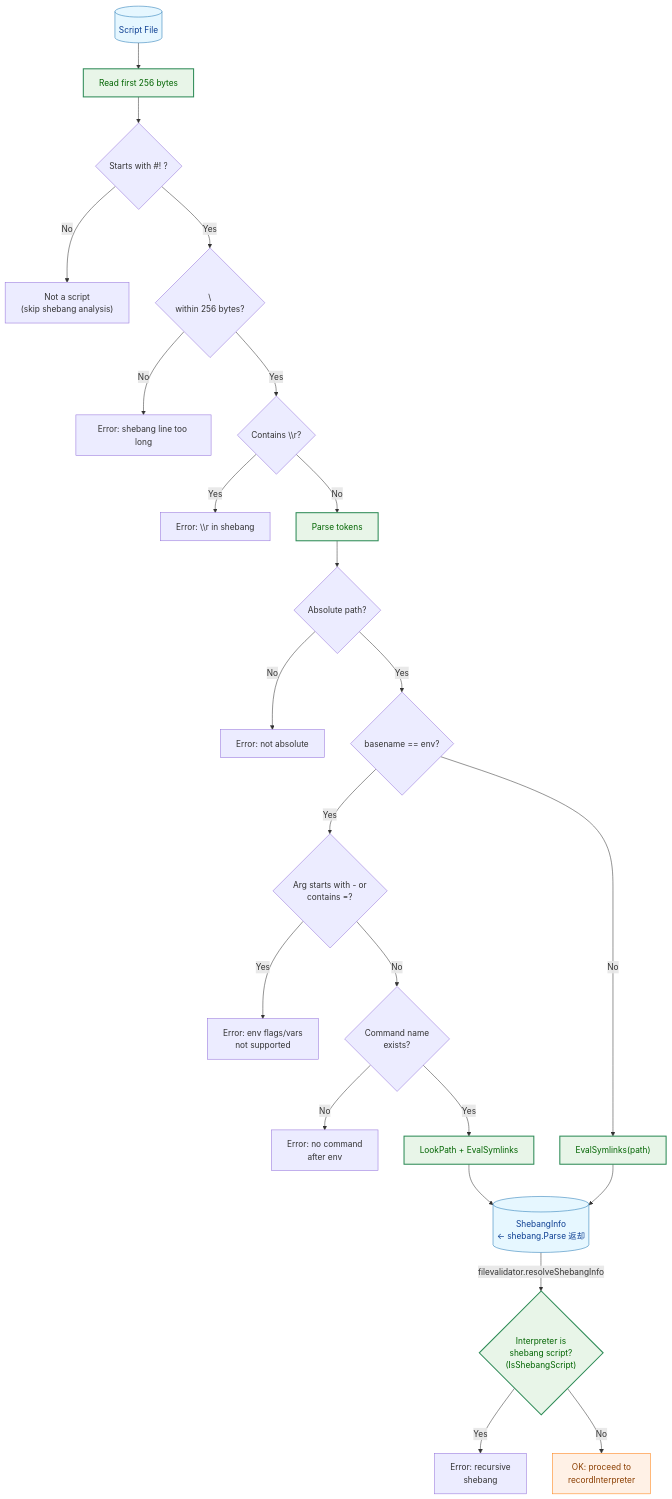
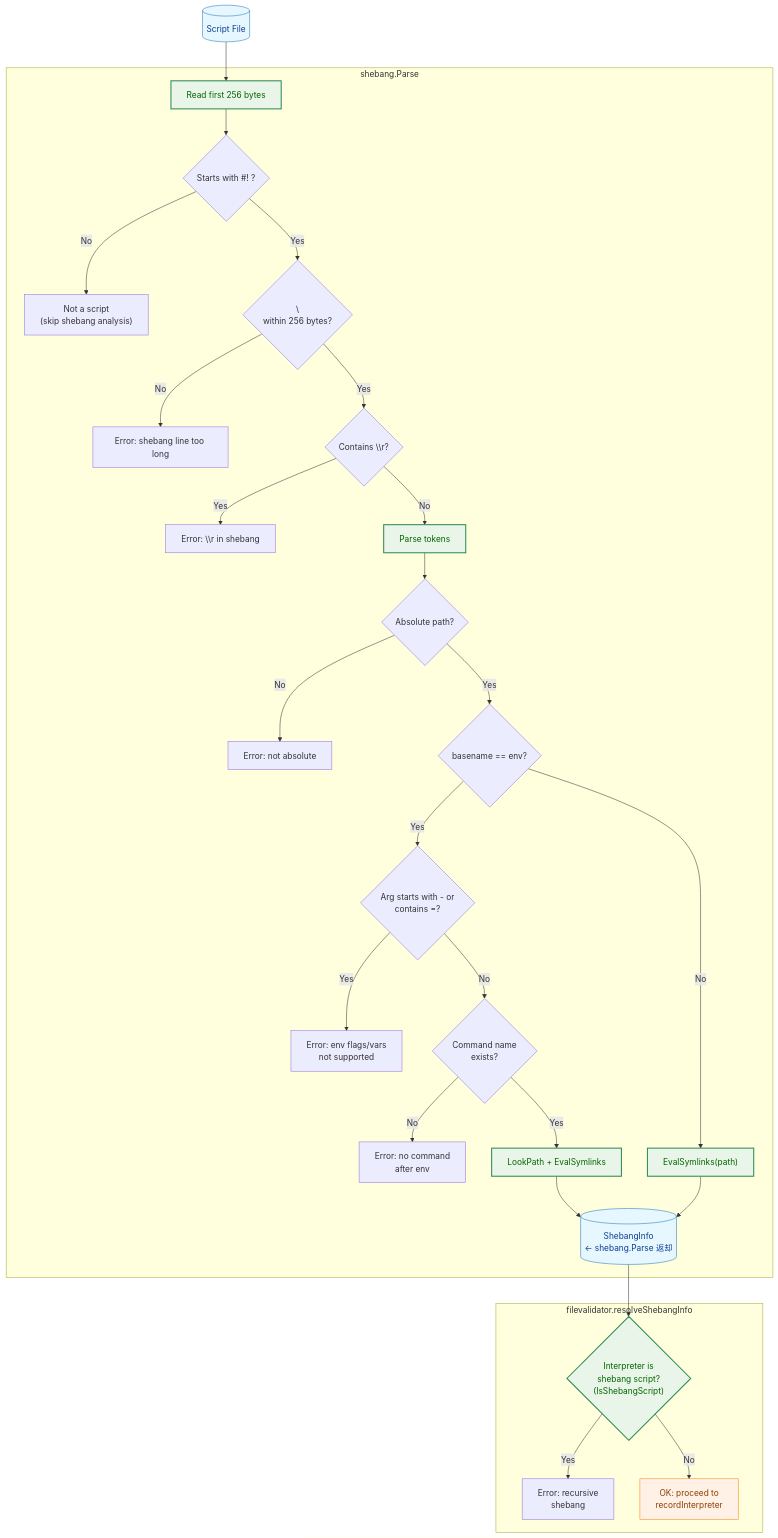
The sixth of 7 diagrams in docs/tasks/0083_shebang_interpreter_tracking/02_architecture.md (isseis/go-safe-cmd-runner), drawn with Mermaid before and after one commit.

Commit message:
docs: use subgraphs to clarify shebang.Parse vs resolveShebangInfo boundaries

````diff
--- a/docs/tasks/0083_shebang_interpreter_tracking/02_architecture.md
+++ b/docs/tasks/0083_shebang_interpreter_tracking/02_architecture.md
@@ -309,34 +309,64 @@
 ```mermaid
 flowchart TD
     classDef data fill:#e6f7ff,stroke:#1f77b4,stroke-width:1px,color:#0b3d91;
     classDef process fill:#fff1e6,stroke:#ff7f0e,stroke-width:1px,color:#8a3e00;
     classDef enhanced fill:#e8f5e8,stroke:#2e8b57,stroke-width:2px,color:#006400;
 
-    FILE[("Script File")] --> READ["Read first 256 bytes"]
-    READ --> MAGIC{"Starts with #! ?"}
-    MAGIC -->|"No"| SKIP["Not a script<br>(skip shebang analysis)"]
-    MAGIC -->|"Yes"| NEWLINE{"\\n within 256 bytes?"}
-    NEWLINE -->|"No"| ERR1["Error: shebang line too long"]
-    NEWLINE -->|"Yes"| CR{"Contains \\r?"}
-    CR -->|"Yes"| ERR_CR["Error: \\r in shebang"]
-    CR -->|"No"| PARSE["Parse tokens"]
-    PARSE --> ABS{"Absolute path?"}
-    ABS -->|"No"| ERR2["Error: not absolute"]
-    ABS -->|"Yes"| ENV{"basename == env?"}
-    ENV -->|"Yes"| FLAG{"Arg starts with - or<br>contains =?"}
-    FLAG -->|"Yes"| ERR3["Error: env flags/vars<br>not supported"]
-    FLAG -->|"No"| CMD{"Command name<br>exists?"}
-    CMD -->|"No"| ERR4["Error: no command<br>after env"]
-    CMD -->|"Yes"| LOOKPATH["LookPath + EvalSymlinks"]
-    ENV -->|"No"| EVALSL["EvalSymlinks(path)"]
-    LOOKPATH --> SI[("ShebangInfo<br>← shebang.Parse 返却")]
-    EVALSL --> SI
+    FILE[("Script File")]
 
-    SI -->|"filevalidator.resolveShebangInfo"| RECURSIVE{"Interpreter is<br>shebang script?<br>(IsShebangScript)"}
-    RECURSIVE -->|"Yes"| ERR5["Error: recursive<br>shebang"]
-    RECURSIVE -->|"No"| OK["OK: proceed to<br>recordInterpreter"]
+    subgraph SHEBANG_PARSE["shebang.Parse"]
+        READ["Read first 256 bytes"]
+        MAGIC{"Starts with #! ?"}
+        SKIP["Not a script<br>(skip shebang analysis)"]
+        NEWLINE{"\\n within 256 bytes?"}
+        ERR1["Error: shebang line too long"]
+        CR{"Contains \\r?"}
+        ERR_CR["Error: \\r in shebang"]
+        PARSE["Parse tokens"]
+        ABS{"Absolute path?"}
+        ERR2["Error: not absolute"]
+        ENV{"basename == env?"}
+        FLAG{"Arg starts with - or<br>contains =?"}
+        ERR3["Error: env flags/vars<br>not supported"]
+        CMD{"Command name<br>exists?"}
+        ERR4["Error: no command<br>after env"]
+        LOOKPATH["LookPath + EvalSymlinks"]
+        EVALSL["EvalSymlinks(path)"]
+        SI[("ShebangInfo<br>← shebang.Parse 返却")]
+
+        READ --> MAGIC
+        MAGIC -->|"No"| SKIP
+        MAGIC -->|"Yes"| NEWLINE
+        NEWLINE -->|"No"| ERR1
+        NEWLINE -->|"Yes"| CR
+        CR -->|"Yes"| ERR_CR
+        CR -->|"No"| PARSE
+        PARSE --> ABS
+        ABS -->|"No"| ERR2
+        ABS -->|"Yes"| ENV
+        ENV -->|"Yes"| FLAG
+        FLAG -->|"Yes"| ERR3
+        FLAG -->|"No"| CMD
+        CMD -->|"No"| ERR4
+        CMD -->|"Yes"| LOOKPATH
+        ENV -->|"No"| EVALSL
+        LOOKPATH --> SI
+        EVALSL --> SI
+    end
+
+    subgraph RESOLVE["filevalidator.resolveShebangInfo"]
+        RECURSIVE{"Interpreter is<br>shebang script?<br>(IsShebangScript)"}
+        ERR5["Error: recursive<br>shebang"]
+        OK["OK: proceed to<br>recordInterpreter"]
+
+        RECURSIVE -->|"Yes"| ERR5
+        RECURSIVE -->|"No"| OK
+    end
+
+    FILE --> READ
+    SI --> RECURSIVE
 
     class FILE,SI data;
     class OK process;
     class READ,PARSE,LOOKPATH,EVALSL,RECURSIVE enhanced;
 ```
````
